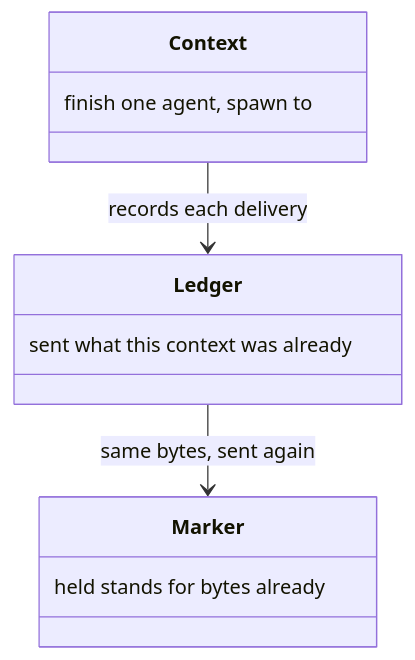
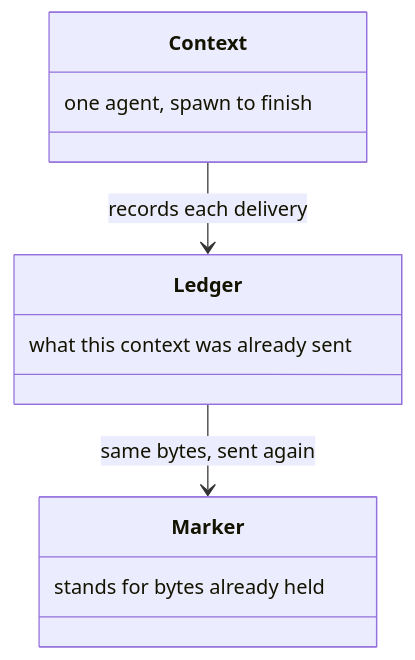
Diagram 24 of 26 in docs/delivery.md (m2ux/workflow-server), drawn with Mermaid before and after one commit. The commit also changed other lines of this file and 10 other files, not shown here.

Commit message:
Write each class-box note in reading order so the diagram shows the phrase as written.

````diff
--- a/docs/delivery.md
+++ b/docs/delivery.md
@@ -615,14 +615,14 @@
 ```mermaid
 classDiagram
   class Context {
-    finish one agent, spawn to
+    one agent, spawn to finish
   }
   class Ledger {
-    sent what this context was already
+    what this context was already sent
   }
   class Marker {
-    held stands for bytes already
+    stands for bytes already held
   }
   Context --> Ledger : records each delivery
   Ledger --> Marker : same bytes, sent again
 ```
````
